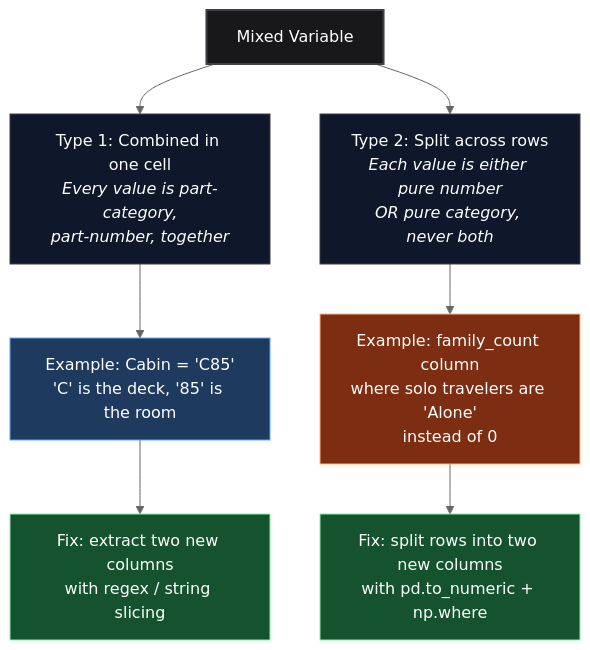
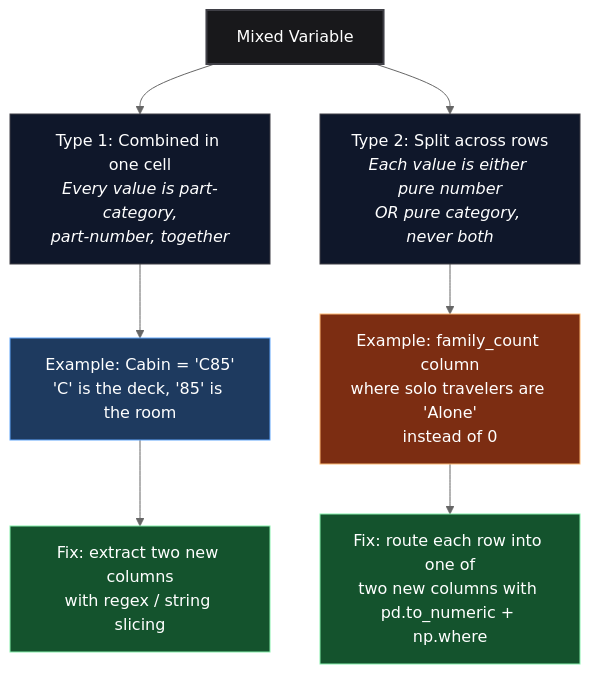
Before and after one commit to ayuslharora/blog-ayuslh: the diagram in content/posts/machine-learning/ch24-handling-mixed-variables.mdx, drawn with Mermaid (neutral theme).

Commit message:
Clarify mermaid diagram wording for Type 2 mixed variable fix

````diff
--- a/content/posts/machine-learning/ch24-handling-mixed-variables.mdx
+++ b/content/posts/machine-learning/ch24-handling-mixed-variables.mdx
@@ -22,24 +22,24 @@
 ```mermaid
 flowchart TD
     Root["Mixed Variable"]
 
     T1["Type 1: Combined in one cell<br><i>Every value is part-category,<br>part-number, together</i>"]
     T2["Type 2: Split across rows<br><i>Each value is either pure number<br>OR pure category, never both</i>"]
 
     Ex1["Example: Cabin = 'C85'<br>'C' is the deck, '85' is the room"]
     Ex2["Example: family_count column<br>where solo travelers are 'Alone'<br>instead of 0"]
 
     Fix1["Fix: extract two new columns<br>with regex / string slicing"]
-    Fix2["Fix: split rows into two new columns<br>with pd.to_numeric + np.where"]
+    Fix2["Fix: route each row into one of<br>two new columns with pd.to_numeric + np.where"]
 
     Root --> T1 --> Ex1 --> Fix1
     Root --> T2 --> Ex2 --> Fix2
 
     style Root fill:#18181b,stroke:#3f3f46,stroke-width:2px,color:#fff
     style T1 fill:#0f172a,stroke:#3f3f46,color:#fff
     style T2 fill:#0f172a,stroke:#3f3f46,color:#fff
     style Ex1 fill:#1e3a5f,stroke:#60a5fa,color:#fff
     style Ex2 fill:#7c2d12,stroke:#fdba74,color:#fff
     style Fix1 fill:#14532d,stroke:#86efac,color:#fff
     style Fix2 fill:#14532d,stroke:#86efac,color:#fff
 ```
````
